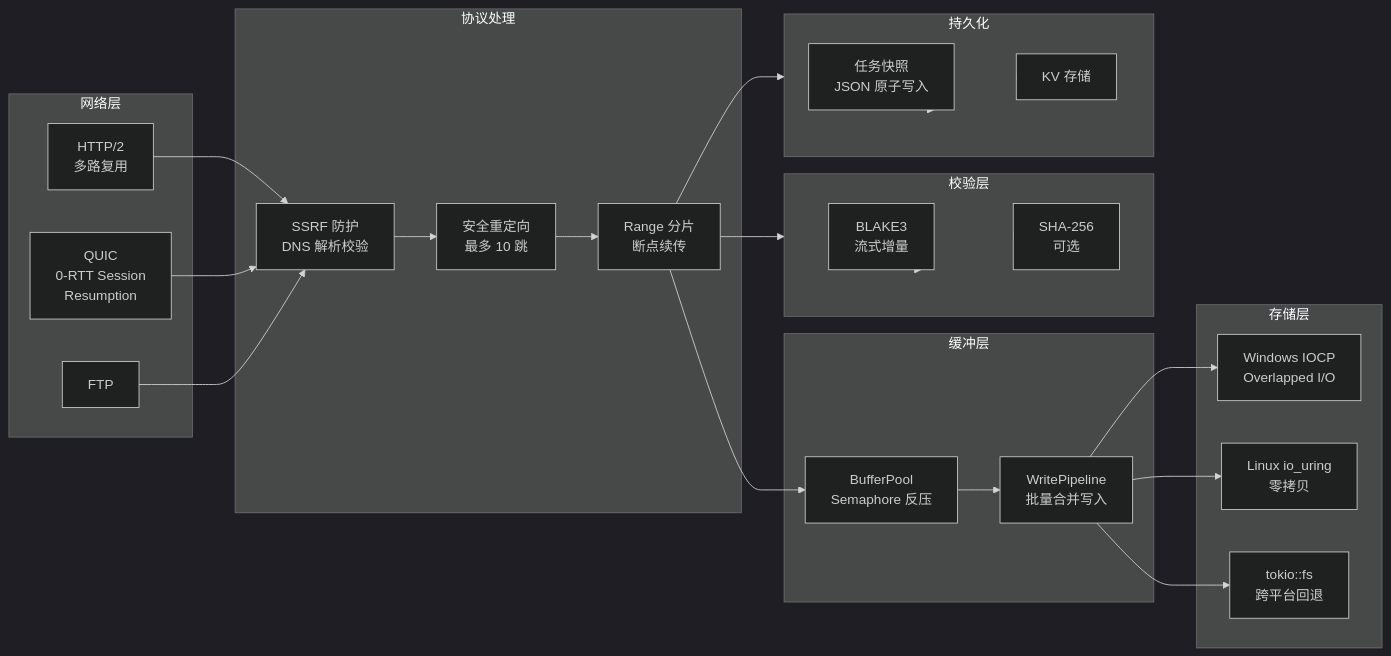
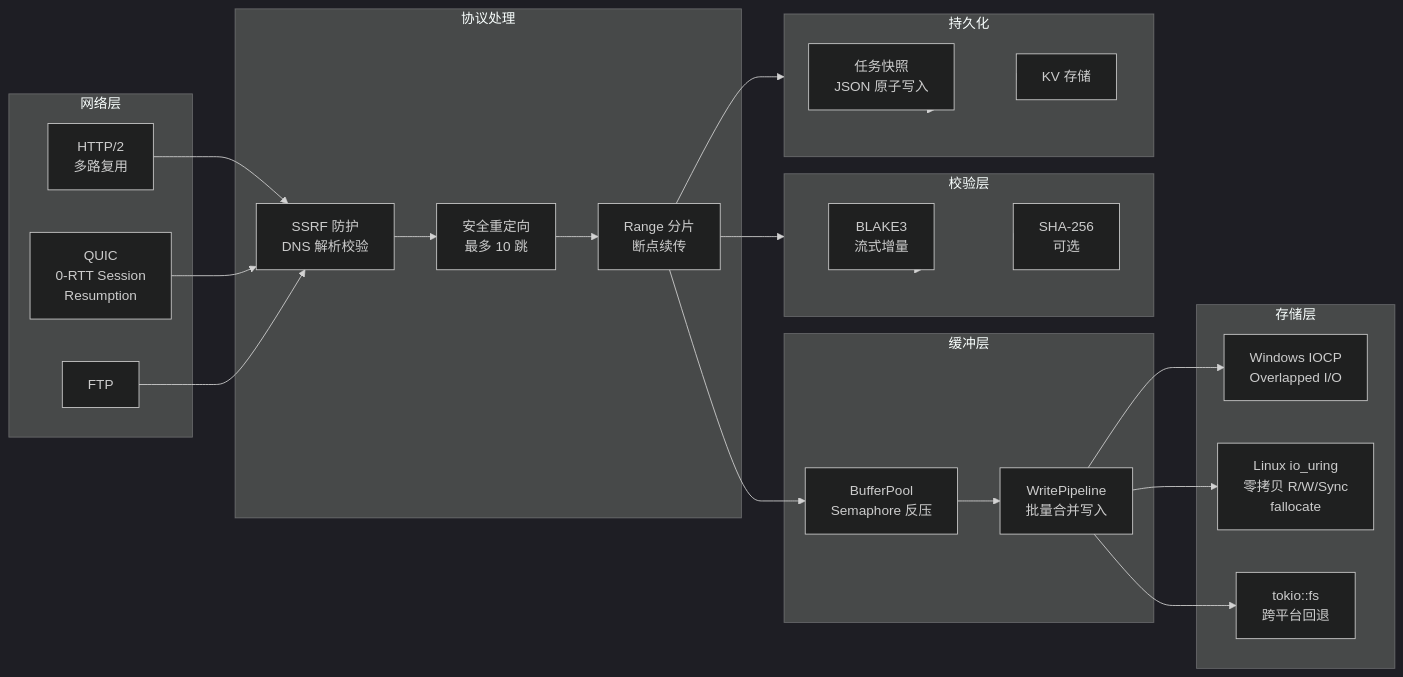
Before and after one commit to baiye2941/Tachyon: the third of 4 diagrams in README.md, drawn with Mermaid (dark theme). The commit also changed other lines of this file and 44 other files, not shown here.

````diff
--- a/README.md
+++ b/README.md
@@ -176,52 +177,52 @@
 ```mermaid
 flowchart LR
     subgraph NET["网络层"]
         HTTP["HTTP/2<br/>多路复用"]
         QUIC["QUIC<br/>0-RTT Session<br/>Resumption"]
         FTP["FTP"]
     end
 
     subgraph PROC["协议处理"]
         SSRF["SSRF 防护<br/>DNS 解析校验"]
         REDIR["安全重定向<br/>最多 10 跳"]
         RANGE["Range 分片<br/>断点续传"]
     end
 
     subgraph BUF["缓冲层"]
         POOL["BufferPool<br/>Semaphore 反压"]
         PIPE["WritePipeline<br/>批量合并写入"]
     end
 
     subgraph DISK["存储层"]
         IOCP["Windows IOCP<br/>Overlapped I/O"]
-        IOURING["Linux io_uring<br/>零拷贝"]
+        IOURING["Linux io_uring<br/>零拷贝 R/W/Sync<br/>fallocate"]
         TOKIO["tokio::fs<br/>跨平台回退"]
     end
 
     subgraph VERIFY["校验层"]
         BLAKE3["BLAKE3<br/>流式增量"]
         SHA256["SHA-256<br/>可选"]
     end
 
     subgraph PERSIST["持久化"]
         SNAP["任务快照<br/>JSON 原子写入"]
         KV["KV 存储"]
     end
 
     HTTP --> SSRF
     QUIC --> SSRF
     FTP --> SSRF
     SSRF --> REDIR
     REDIR --> RANGE
     RANGE --> POOL
     POOL --> PIPE
     PIPE --> IOCP
     PIPE --> IOURING
     PIPE --> TOKIO
     RANGE --> VERIFY
     VERIFY --> BLAKE3
     VERIFY --> SHA256
     RANGE --> PERSIST
     PERSIST --> SNAP
     PERSIST --> KV
 ```
````
